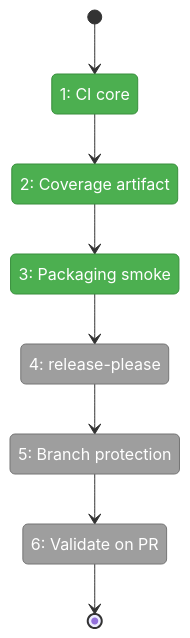
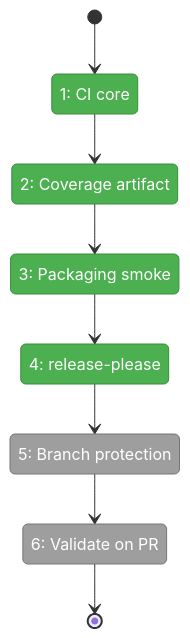
The first of 2 diagrams in docs/plans/004-harness-core/tasks/phase-3-ci-release-automation-branch-protection/tasks.fltplan.md (AI-Substrate/harness-engineering), drawn with Mermaid before and after one commit. The commit also changed other lines of this file and 5 other files, not shown here.

````diff
--- a/docs/plans/004-harness-core/tasks/phase-3-ci-release-automation-branch-protection/tasks.fltplan.md
+++ b/docs/plans/004-harness-core/tasks/phase-3-ci-release-automation-branch-protection/tasks.fltplan.md
@@ -38,25 +38,25 @@
 ```mermaid
 stateDiagram-v2
     classDef pending fill:#9E9E9E,stroke:#757575,color:#fff
     classDef active fill:#FFC107,stroke:#FFA000,color:#000
     classDef done fill:#4CAF50,stroke:#388E3C,color:#fff
     classDef blocked fill:#F44336,stroke:#D32F2F,color:#fff
 
     state "1: CI core" as S1
     state "2: Coverage artifact" as S2
     state "3: Packaging smoke" as S3
     state "4: release-please" as S4
     state "5: Branch protection" as S5
     state "6: Validate on PR" as S6
 
     [*] --> S1
     S1 --> S2
     S2 --> S3
     S3 --> S4
     S4 --> S5
     S5 --> S6
     S6 --> [*]
 
-    class S1,S2,S3 done
-    class S4,S5,S6 pending
+    class S1,S2,S3,S4 done
+    class S5,S6 pending
 ```
````
